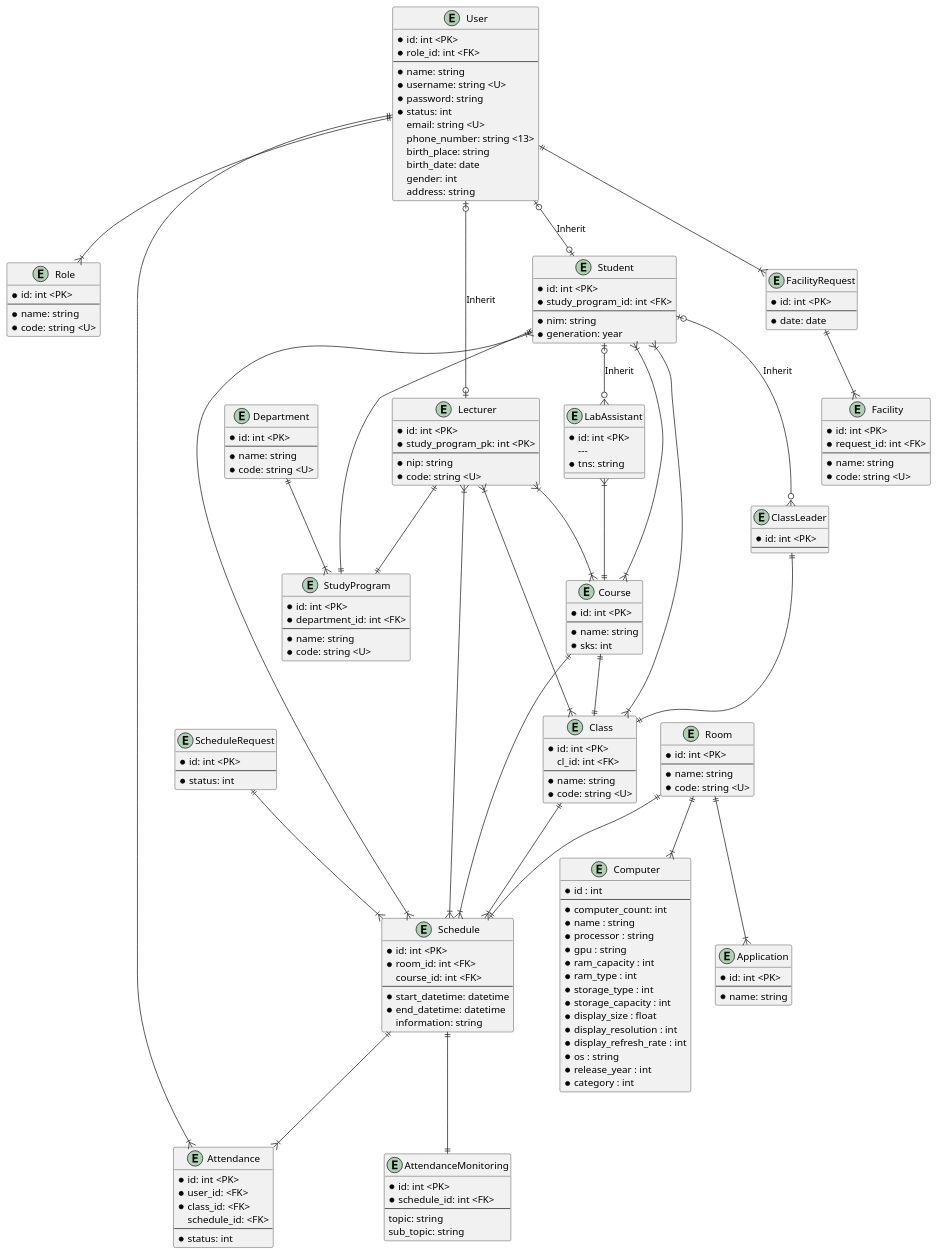
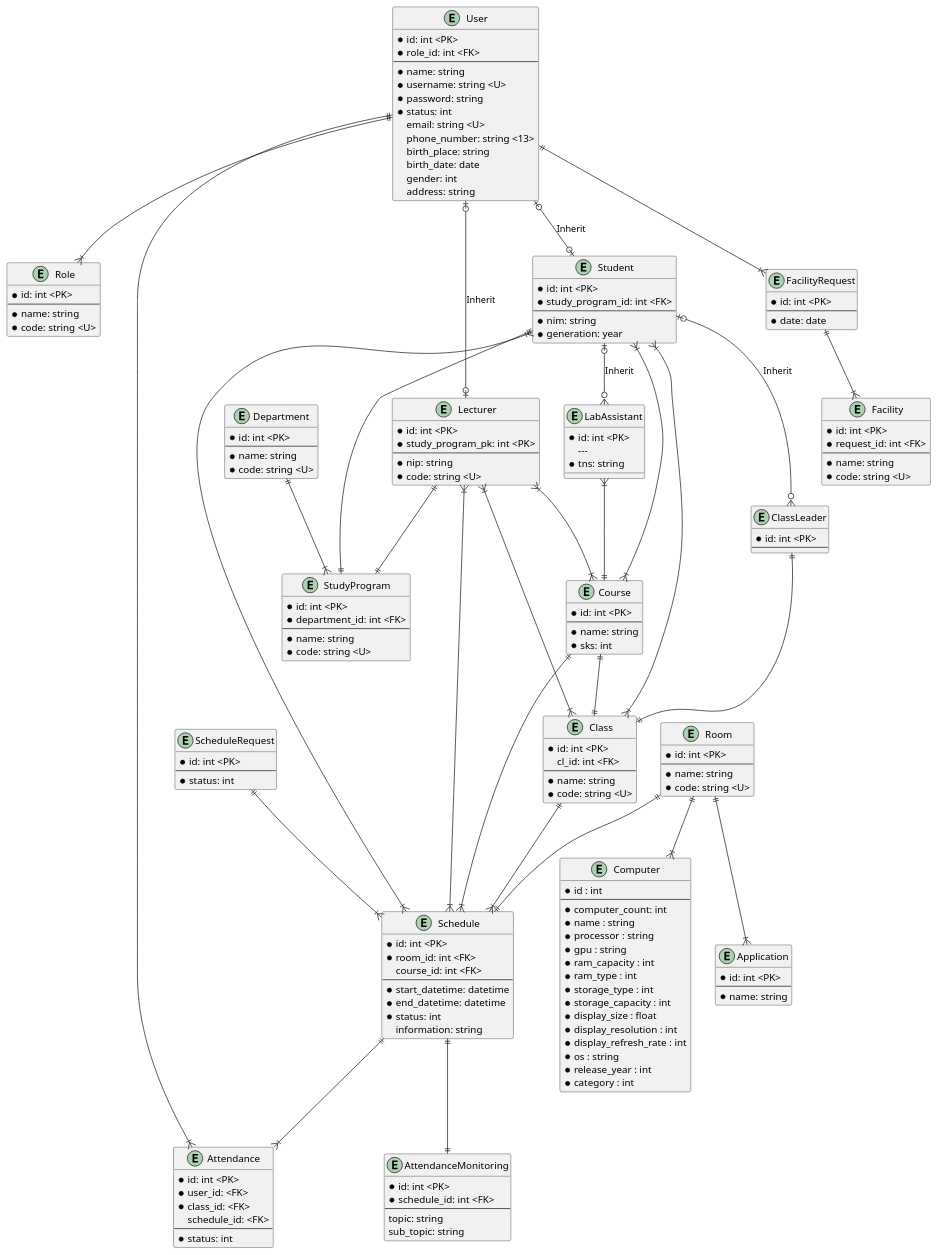
One commit to codebaradev/Simlab changed the diagram in docs/erd.plantuml. Above: the diagram before and after it, drawn with PlantUML. The commit also changed 1 other file, not shown here.

Commit message:
feat: Add status on Schedule

```diff
--- a/docs/erd.plantuml
+++ b/docs/erd.plantuml
@@ -114,7 +114,8 @@
     course_id: int <FK>
     ---
     * start_datetime: datetime
-    * end_datetime: datetime  
+    * end_datetime: datetime
+    * status: int
     information: string
 }
 
```
